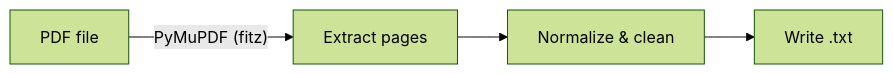
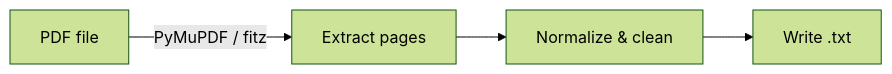
Before and after one commit to jwardwell7077/agent-audiobook-maker: the diagram in docs/04-diagrams/flows/pdf_to_text_flow.mmd, drawn with Mermaid (forest theme).

Commit message:
docs(flow): avoid parentheses in label to satisfy GitHub Mermaid parser

````diff
--- a/docs/04-diagrams/flows/pdf_to_text_flow.mmd
+++ b/docs/04-diagrams/flows/pdf_to_text_flow.mmd
@@ -1,6 +1,6 @@
 ```mermaid
 flowchart LR
-  PDF[PDF file] -->|"PyMuPDF (fitz)"| EXTRACT[Extract pages]
+  PDF[PDF file] -->|"PyMuPDF / fitz"| EXTRACT[Extract pages]
   EXTRACT --> CLEAN[Normalize & clean]
   CLEAN --> TXT[Write .txt]
 ```
````
